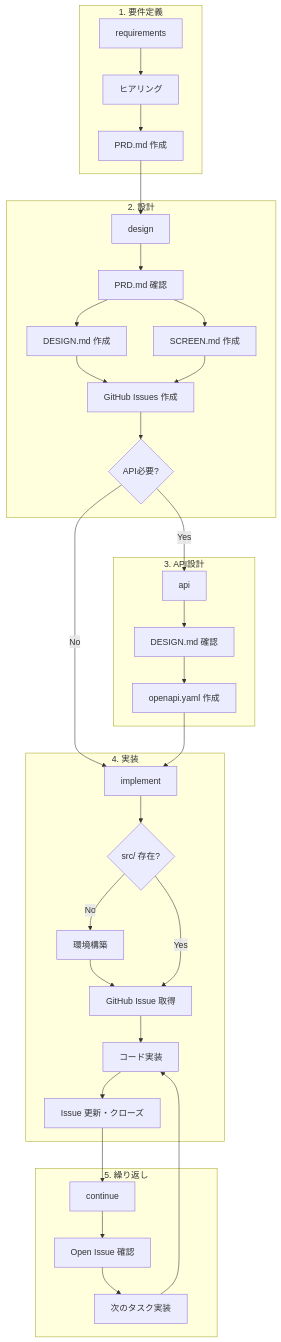
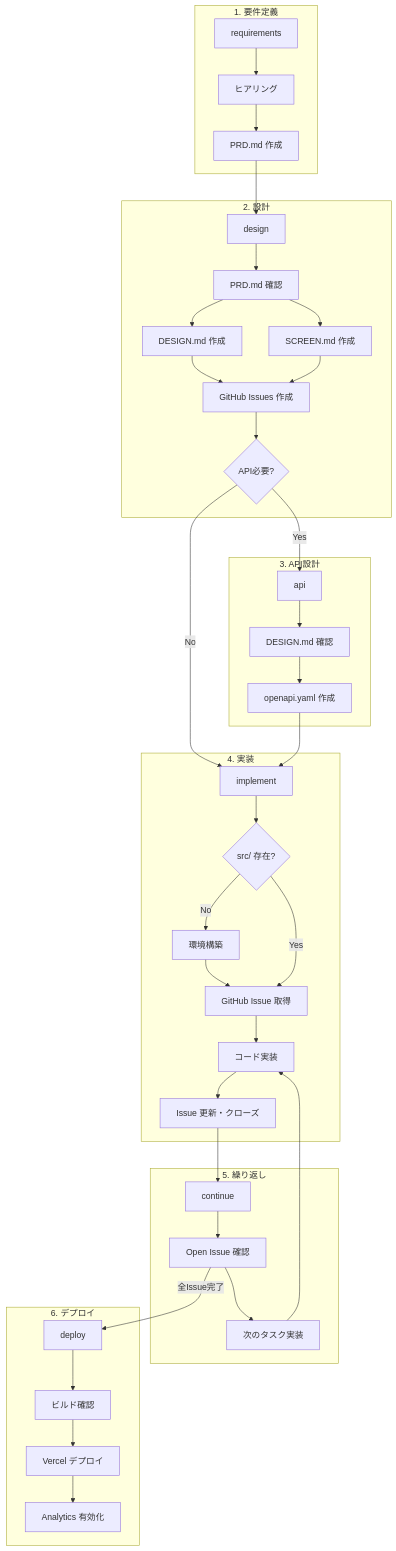
The diagram in docs/DEVELOPMENT_FLOW.md (m4qina/vibe-coding-next), drawn with Mermaid before and after one commit. The commit also changed other lines of this file and 4 other files, not shown here.

````diff
--- a/docs/DEVELOPMENT_FLOW.md
+++ b/docs/DEVELOPMENT_FLOW.md
@@ -5,36 +5,42 @@
 ```mermaid
 flowchart TB
     subgraph phase1 [1. 要件定義]
         A1["requirements"] --> A2["ヒアリング"] --> A3["PRD.md 作成"]
     end
 
     subgraph phase2 [2. 設計]
         B1["design"] --> B2["PRD.md 確認"] --> B3["DESIGN.md 作成"]
         B2 --> B4["SCREEN.md 作成"]
         B3 --> B5["GitHub Issues 作成"]
         B4 --> B5
         B5 --> B6{"API必要?"}
     end
 
     subgraph phase3 [3. API設計]
         C1["api"] --> C2["DESIGN.md 確認"] --> C3["openapi.yaml 作成"]
     end
 
     subgraph phase4 [4. 実装]
         D1["implement"] --> D2{"src/ 存在?"}
         D2 -->|No| D3["環境構築"] --> D4["GitHub Issue 取得"]
         D2 -->|Yes| D4
         D4 --> D5["コード実装"] --> D6["Issue 更新・クローズ"]
     end
 
     subgraph phase5 [5. 繰り返し]
         E1["continue"] --> E2["Open Issue 確認"] --> E3["次のタスク実装"]
     end
 
+    subgraph phase6 [6. デプロイ]
+        F1["deploy"] --> F2["ビルド確認"] --> F3["Vercel デプロイ"]
+        F3 --> F4["Analytics 有効化"]
+    end
+
     A3 --> B1
     B6 -->|Yes| C1
     B6 -->|No| D1
     C3 --> D1
     D6 --> E1
     E3 --> D5
+    E2 -->|全Issue完了| F1
 ```
````
